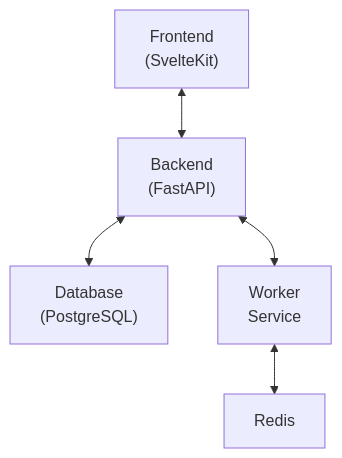
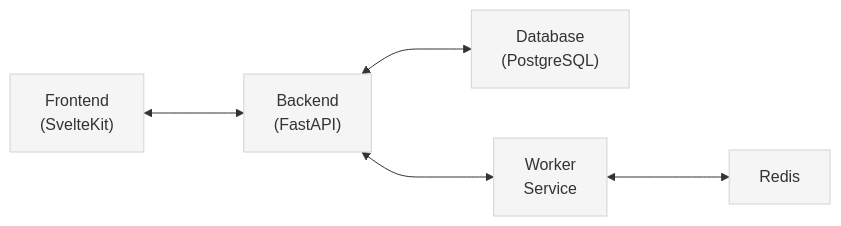
Before and after one commit to sundsvallai/intric: the first of 2 diagrams in README.md, drawn with Mermaid.

````diff
--- a/README.md
+++ b/README.md
@@ -141,7 +141,11 @@
 ```mermaid
-graph TB
-    Frontend["Frontend<br/>(SvelteKit)"] <--> Backend["Backend<br/>(FastAPI)"]
-    Backend <--> Database["Database<br/>(PostgreSQL)"]
-    Backend <--> Worker["Worker<br/>Service"]
-    Worker <--> Redis["Redis"]
+graph LR
+    classDef component fill:#f5f5f5,stroke:#d3d3d3,stroke-width:1px,color:#333
+    
+    Frontend["Frontend<br/>(SvelteKit)"] <---> Backend["Backend<br/>(FastAPI)"]
+    Backend <---> Database["Database<br/>(PostgreSQL)"]
+    Backend <---> Worker["Worker<br/>Service"]
+    Worker <---> Redis["Redis"]
+    
+    class Frontend,Backend,Database,Worker,Redis component
 ```
````
